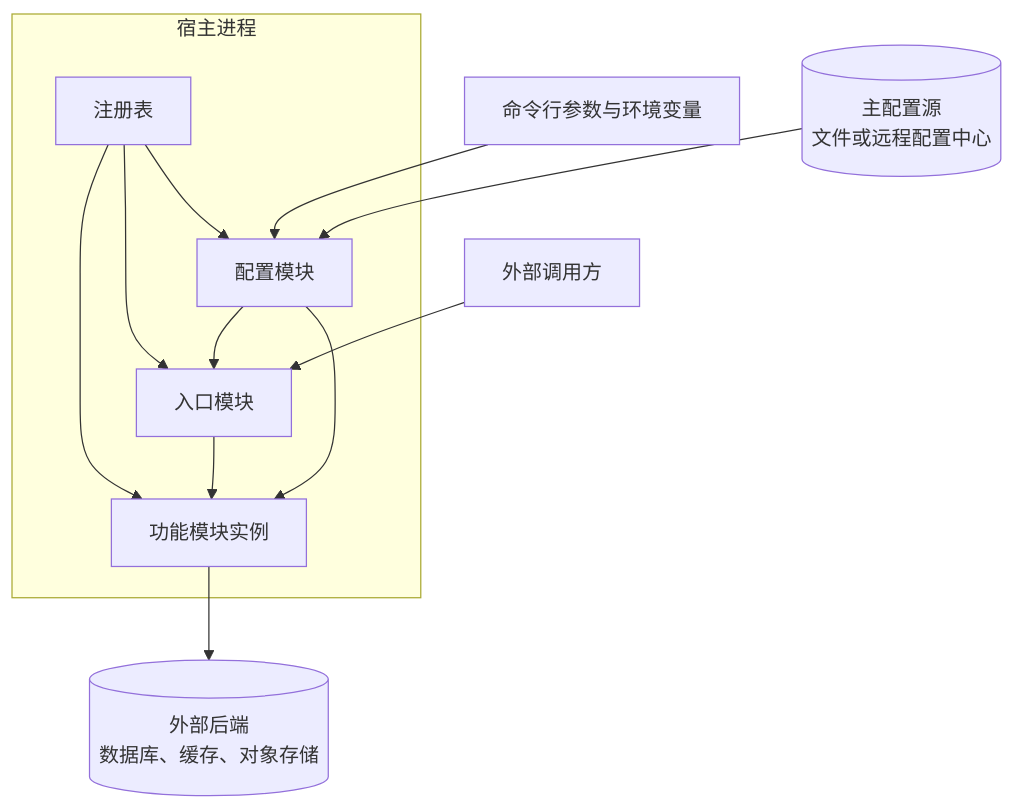
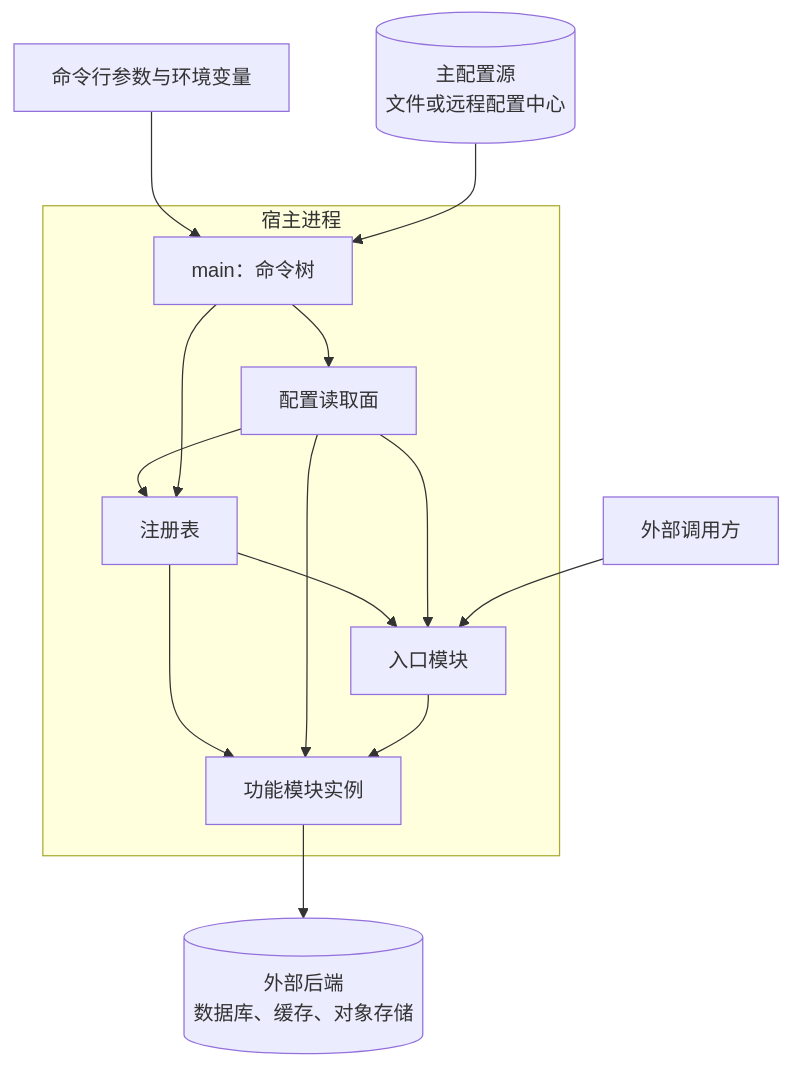
One commit to wangzw/speed changed the second of 2 diagrams in docs/design/architecture.md. Above: the diagram before and after it, drawn with Mermaid. The commit also changed other lines of this file and 6 other files, not shown here.

````diff
--- a/docs/design/architecture.md
+++ b/docs/design/architecture.md
@@ -65,25 +66,28 @@
 ```mermaid
 graph TD
-    cli["命令行参数与环境变量"]
-    primary[("主配置源<br/>文件或远程配置中心")]
-    client["外部调用方"]
-    backend[("外部后端<br/>数据库、缓存、对象存储")]
+  cli["命令行参数与环境变量"]
+  primary[("主配置源<br/>文件或远程配置中心")]
+  client["外部调用方"]
+  backend[("外部后端<br/>数据库、缓存、对象存储")]
 
-    subgraph proc["宿主进程"]
-        registry["注册表"]
-        cfg["配置模块"]
-        entry["入口模块"]
-        instances["功能模块实例"]
-        registry --> cfg
-        registry --> entry
-        registry --> instances
-        cfg --> instances
-        cfg --> entry
-        entry --> instances
-    end
+  subgraph proc["宿主进程"]
+    main["main：命令树"]
+    registry["注册表"]
+    cfg["配置读取面"]
+    entry["入口模块"]
+    instances["功能模块实例"]
+    main --> cfg
+    cfg --> registry
+    main --> registry
+    registry --> entry
+    registry --> instances
+    cfg --> instances
+    cfg --> entry
+    entry --> instances
+  end
 
-    cli --> cfg
-    primary --> cfg
-    client --> entry
-    instances --> backend
+  cli --> main
+  primary --> main
+  client --> entry
+  instances --> backend
 ```
````
